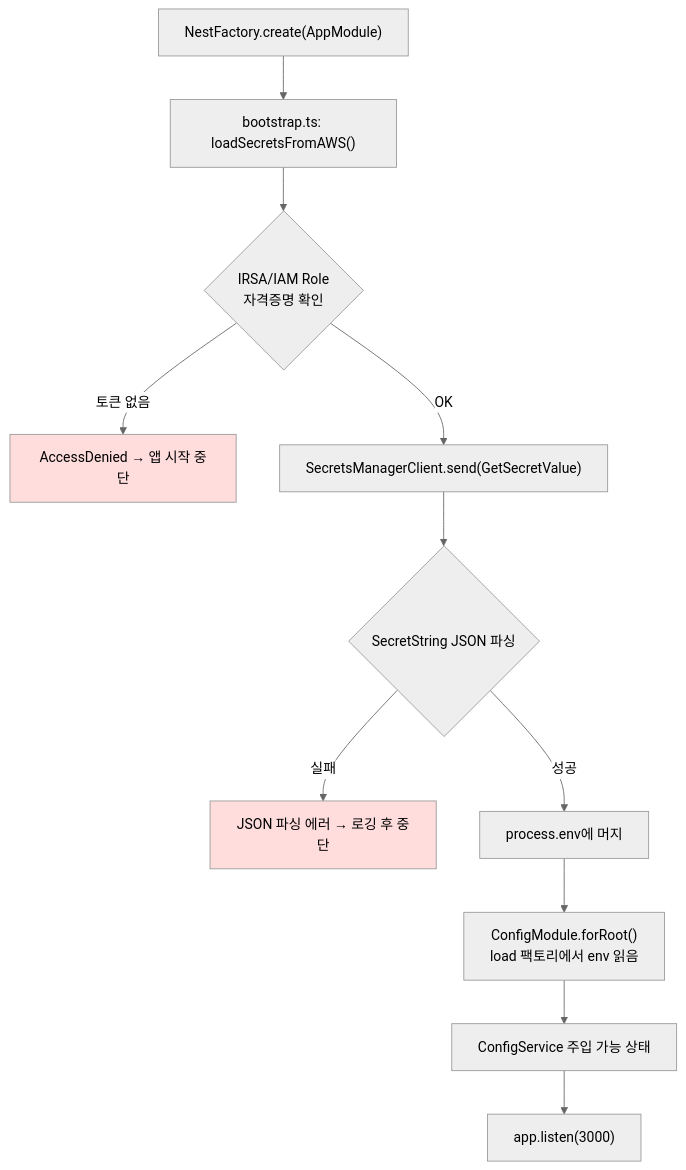
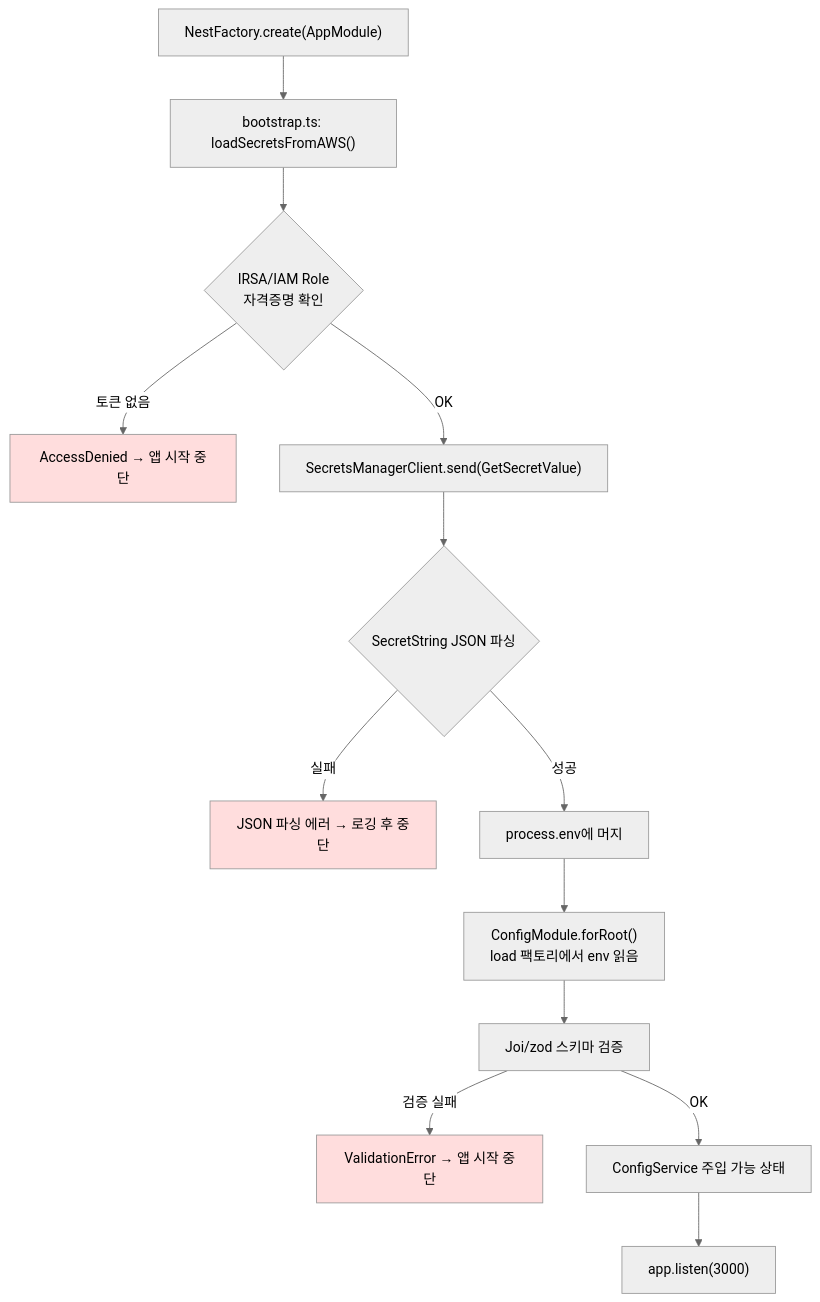
Before and after one commit to GYUTORY/YGSTUDY: the first of 2 diagrams in Develop/Framework/Node/NestJS/Nest_JS_AWS_Secrets_Manager_KMS.md, drawn with Mermaid (neutral theme). The commit also changed other lines of this file and 7 other files, not shown here.

````diff
--- a/Develop/Framework/Node/NestJS/Nest_JS_AWS_Secrets_Manager_KMS.md
+++ b/Develop/Framework/Node/NestJS/Nest_JS_AWS_Secrets_Manager_KMS.md
@@ -30,16 +32,19 @@
 ```mermaid
 flowchart TD
     A["NestFactory.create(AppModule)"] --> B["bootstrap.ts: loadSecretsFromAWS()"]
     B --> C{"IRSA/IAM Role<br/>자격증명 확인"}
     C -- "토큰 없음" --> D["AccessDenied → 앱 시작 중단"]
     C -- "OK" --> E["SecretsManagerClient.send(GetSecretValue)"]
     E --> F{"SecretString JSON 파싱"}
     F -- "실패" --> G["JSON 파싱 에러 → 로깅 후 중단"]
     F -- "성공" --> H["process.env에 머지"]
     H --> I["ConfigModule.forRoot()<br/>load 팩토리에서 env 읽음"]
-    I --> J["ConfigService 주입 가능 상태"]
-    J --> K["app.listen(3000)"]
+    I --> J["Joi/zod 스키마 검증"]
+    J -- "검증 실패" --> K["ValidationError → 앱 시작 중단"]
+    J -- "OK" --> L["ConfigService 주입 가능 상태"]
+    L --> M["app.listen(3000)"]
 
     style D fill:#fdd
     style G fill:#fdd
+    style K fill:#fdd
 ```
````
